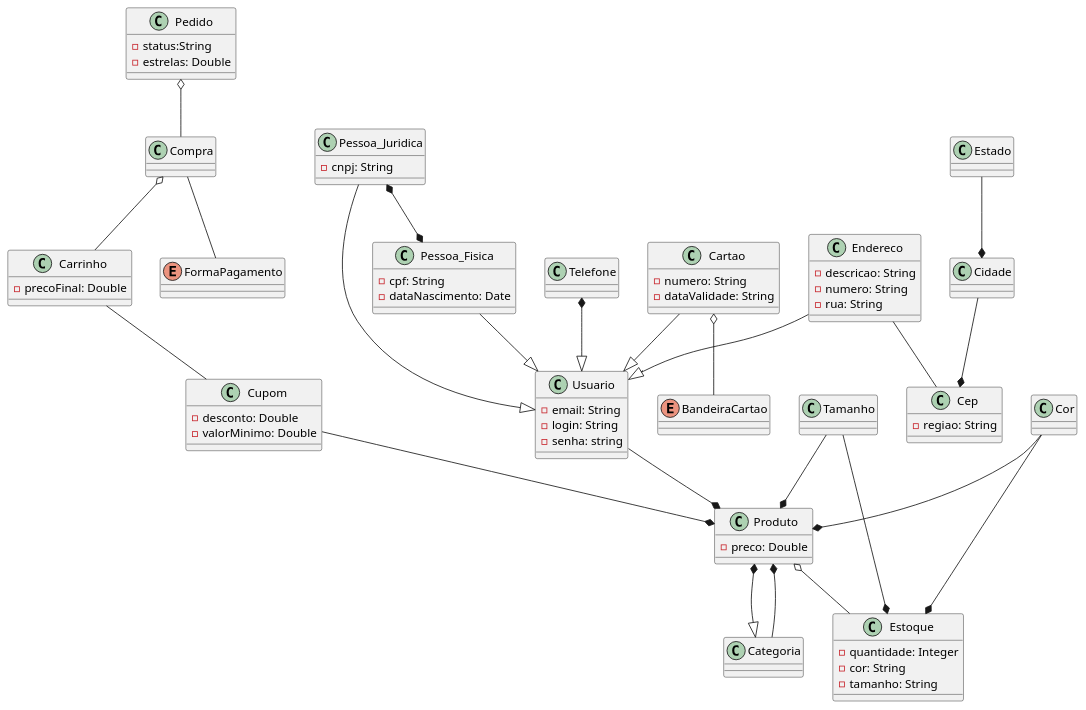
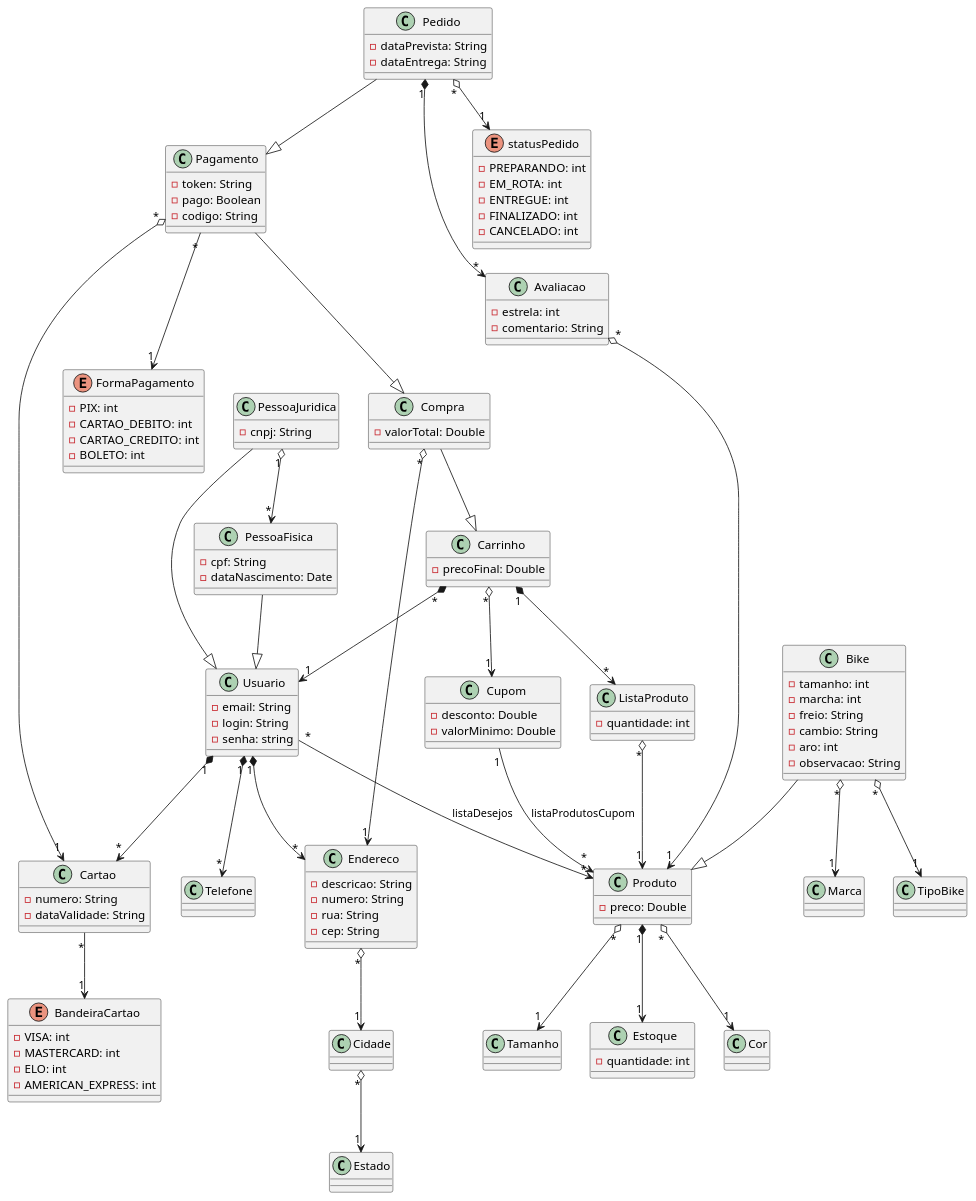
One commit to kaiomaced0/bikeShop-Uml changed the diagram in loja.plantuml. Above: the diagram before and after it, drawn with PlantUML.

Commit message:
reformulado com  os conselhos do Professor Janio

```diff
--- a/loja.plantuml
+++ b/loja.plantuml
@@ -1,128 +1,184 @@
 @startuml
 
 class Usuario {
     -email: String
     -login: String
     -senha: string
 }
 
 class Cartao{
     -numero: String
     -dataValidade: String
 }
 
 enum BandeiraCartao{
+    -VISA: int
+    -MASTERCARD: int
+    -ELO: int
+    -AMERICAN_EXPRESS: int
 
 }
 
 class Endereco{
     -descricao: String
     -numero: String
     -rua: String
-}
-
-class Cep{
-    -regiao: String
-
+    -cep: String
 }
 
 class Cidade{
 
 }
 
 class Estado{
 
 }
 
-class Pessoa_Fisica {
+class PessoaFisica {
     -cpf: String
     -dataNascimento: Date
 }
 
-class Pessoa_Juridica {
+class PessoaJuridica {
     -cnpj: String
+
 }
 
 class Telefone{
 
 }
 
 class Produto {
     -preco: Double
+
+}
+
+class Bike {
+    -tamanho: int
+    -marcha: int
+    -freio: String
+    -cambio: String
+    -aro: int
+    -observacao: String
+}
+
+class Marca{
+
+}
+
+class TipoBike{
+
 }
 
 class Carrinho{
     -precoFinal: Double
+
 }
 
 class Compra{
+    -valorTotal: Double
     
 }
 
+class Pagamento{
+    -token: String
+    -pago: Boolean
+    -codigo: String
+}
+
 enum FormaPagamento{
-
+    -PIX: int
+    -CARTAO_DEBITO: int
+    -CARTAO_CREDITO: int
+    -BOLETO: int
 }
 
 class Pedido{
-    -status:String
-    -estrelas: Double
+    -dataPrevista: String
+    -dataEntrega: String
 }
 
-class Categoria{
-    
+enum statusPedido{
+    -PREPARANDO: int 
+    -EM_ROTA: int 
+    -ENTREGUE: int 
+    -FINALIZADO: int 
+    -CANCELADO: int 
 }
+
+class Avaliacao{
+    -estrela: int
+    -comentario: String
+}
+
 
 class Cupom{
     -desconto: Double
     -valorMinimo: Double
 }
 
 class Cor{
 
 }
 
 class Tamanho{
 
 }
 
 class Estoque {
-    -quantidade: Integer
-    -cor: String
-    -tamanho: String
+    -quantidade: int
+
+}
+
+class ListaProduto{
+    -quantidade: int
+
 }
 
 
 
-Estado --* Cidade
-Cidade --* Cep
-Endereco -- Cep
-Endereco --|> Usuario
+Cidade "*" o--> "1" Estado
+Endereco "*" o--> "1" Cidade
 
 
-Carrinho -- Cupom
-Cupom --* Produto
-Compra o-- Carrinho
-Compra -- FormaPagamento
-Pedido o-- Compra
+Carrinho "*" o--> "1" Cupom
+Carrinho "1" *--> "*" ListaProduto
+Carrinho "*" *--> "1" Usuario
 
-Cartao o-- BandeiraCartao
-Cartao --|> Usuario
+Cupom "1" --> "*" Produto: listaProdutosCupom
 
-Telefone *--|> Usuario
+Compra "*" o--> "1" Endereco
+Compra --|> Carrinho
+Pagamento --|> Compra
 
-Cor --* Produto
-Tamanho --* Produto
-Categoria --*Produto
-Cor --* Estoque
-Tamanho --* Estoque
-Produto *--|> Categoria
+Pedido "*" o--> "1" statusPedido
+Pedido --|> Pagamento
+Pedido "1" *--> "*" Avaliacao
 
-Usuario --* Produto
-Pessoa_Fisica --|> Usuario
-Pessoa_Juridica --|> Usuario
-Pessoa_Juridica *--* Pessoa_Fisica
-Produto o-- Estoque
+Avaliacao "*" o--> "1" Produto
+
+Pagamento "*" --> "1" FormaPagamento
+Pagamento "*" o--> "1" Cartao
+
+Cartao "*" --> "1" BandeiraCartao
+Usuario "1" *--> "*" Cartao 
+Usuario "1" *--> "*" Endereco
+Usuario "1" *--> "*" Telefone
+
+ListaProduto "*" o--> "1" Produto
+
+Produto "*" o--> "1" Cor
+Produto "*" o--> "1" Tamanho
+
+Bike --|> Produto
+Bike "*" o--> "1" Marca
+Bike "*" o--> "1" TipoBike
+
+Usuario "*" --> "*" Produto: listaDesejos
+PessoaFisica --|> Usuario
+PessoaJuridica --|> Usuario
+PessoaJuridica "1" o--> "*" PessoaFisica
+Produto "1" *--> "1" Estoque
 
 
-
-@enduml    
+@enduml
```
